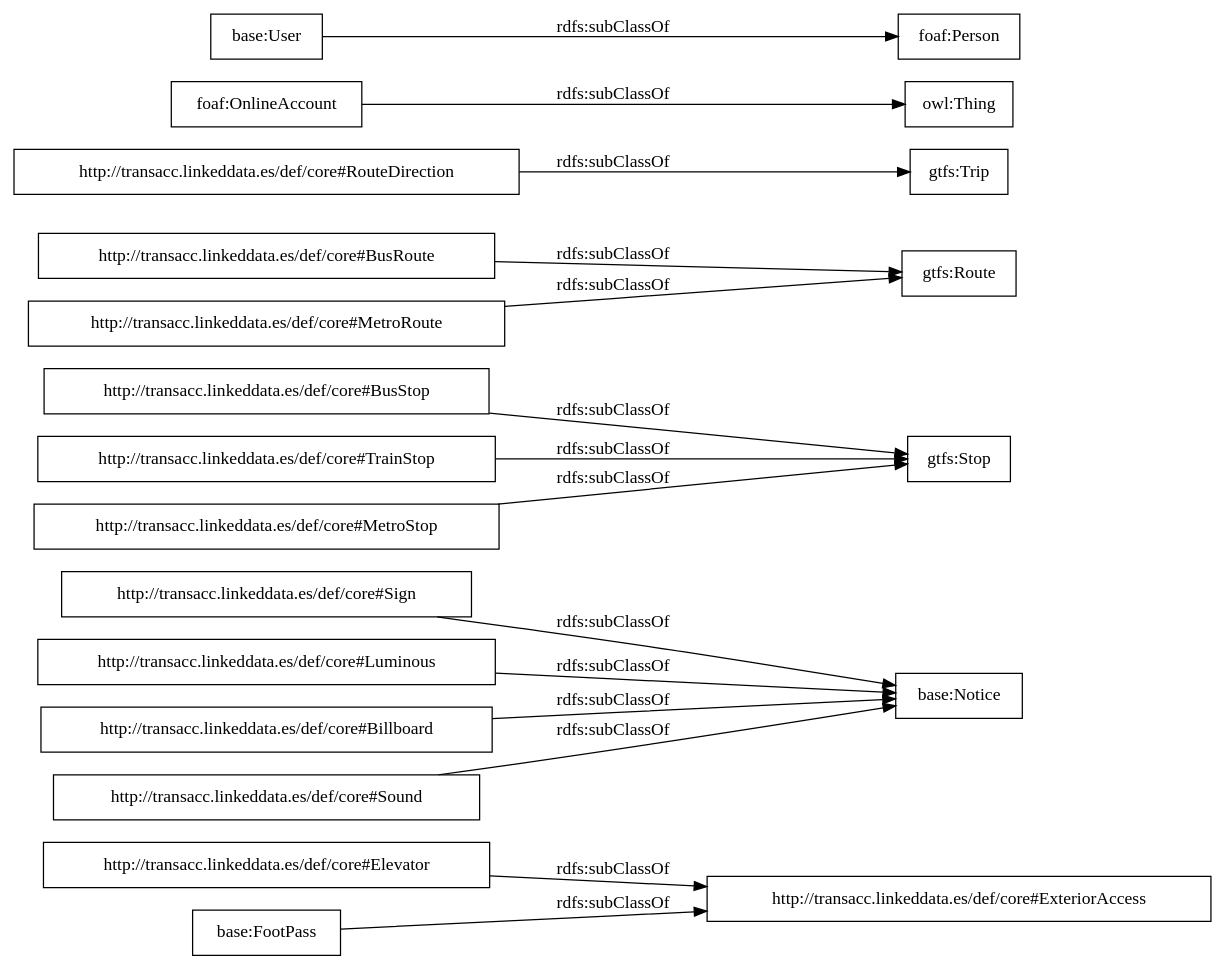
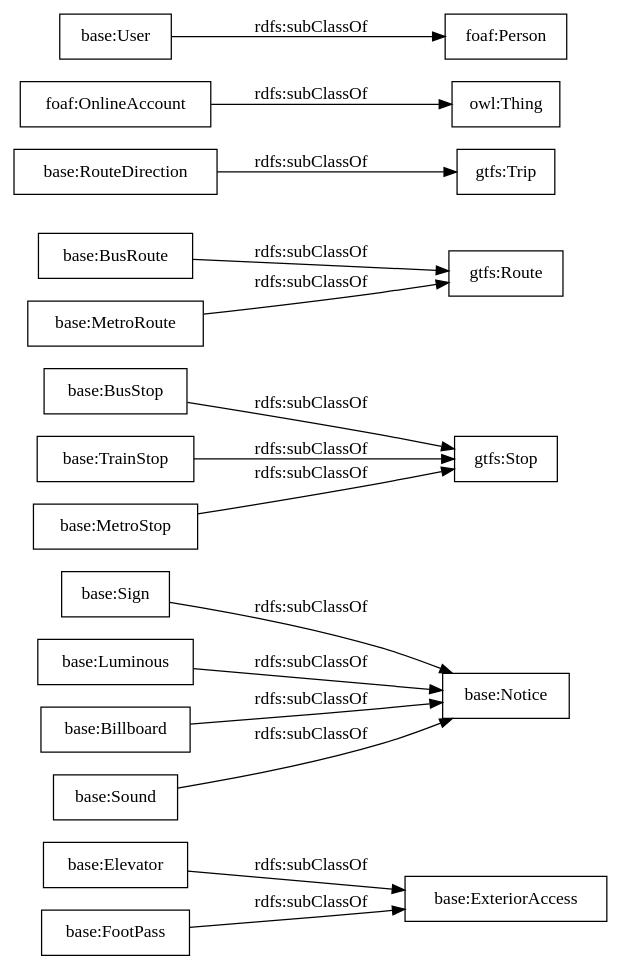
Before and after one commit to opencitydata/onto-transacc: the diagram in OnToology/TransportAccessibilityv3.owl/diagrams/ar2dtool-taxonomy/TransportAccessibilityv3.owl.png.dot, drawn with Graphviz. The commit also changed 13 other files, not shown here.

```diff
--- a/OnToology/TransportAccessibilityv3.owl/diagrams/ar2dtool-taxonomy/TransportAccessibilityv3.owl.png.dot
+++ b/OnToology/TransportAccessibilityv3.owl/diagrams/ar2dtool-taxonomy/TransportAccessibilityv3.owl.png.dot
@@ -1,20 +1,20 @@
 digraph ar2dtool_diagram { 
 rankdir=LR;
 size="1000"
-node [shape = rectangle, color="black"]; "http://transacc.linkeddata.es/def/core#ExteriorAccess" "http://transacc.linkeddata.es/def/core#Sign" "http://transacc.linkeddata.es/def/core#Elevator" "base:FootPass" "http://transacc.linkeddata.es/def/core#BusStop" "http://transacc.linkeddata.es/def/core#BusRoute" "http://transacc.linkeddata.es/def/core#TrainStop" "http://transacc.linkeddata.es/def/core#Luminous" "http://transacc.linkeddata.es/def/core#Billboard" "http://transacc.linkeddata.es/def/core#RouteDirection" "foaf:OnlineAccount" "http://transacc.linkeddata.es/def/core#Sound" "http://transacc.linkeddata.es/def/core#MetroStop" "gtfs:Trip" "foaf:Person" "gtfs:Stop" "http://transacc.linkeddata.es/def/core#MetroRoute" "base:Notice" "gtfs:Route" "base:User" ; /*classes style*/
-	"http://transacc.linkeddata.es/def/core#Sign" -> "base:Notice" [ label = "rdfs:subClassOf" ];
+node [shape = rectangle, color="black"]; "base:ExteriorAccess" "base:Sign" "base:Elevator" "base:BusStop" "base:BusRoute" "base:TrainStop" "base:Luminous" "base:Billboard" "base:RouteDirection" "foaf:OnlineAccount" "base:FootPass" "base:Sound" "base:MetroStop" "gtfs:Trip" "base:Notice" "foaf:Person" "gtfs:Stop" "base:MetroRoute" "gtfs:Route" "base:User" ; /*classes style*/
+	"base:Sign" -> "base:Notice" [ label = "rdfs:subClassOf" ];
 	"foaf:OnlineAccount" -> "owl:Thing" [ label = "rdfs:subClassOf" ];
-	"http://transacc.linkeddata.es/def/core#RouteDirection" -> "gtfs:Trip" [ label = "rdfs:subClassOf" ];
-	"http://transacc.linkeddata.es/def/core#MetroStop" -> "gtfs:Stop" [ label = "rdfs:subClassOf" ];
-	"base:FootPass" -> "http://transacc.linkeddata.es/def/core#ExteriorAccess" [ label = "rdfs:subClassOf" ];
-	"http://transacc.linkeddata.es/def/core#BusRoute" -> "gtfs:Route" [ label = "rdfs:subClassOf" ];
-	"http://transacc.linkeddata.es/def/core#Elevator" -> "http://transacc.linkeddata.es/def/core#ExteriorAccess" [ label = "rdfs:subClassOf" ];
-	"http://transacc.linkeddata.es/def/core#TrainStop" -> "gtfs:Stop" [ label = "rdfs:subClassOf" ];
-	"http://transacc.linkeddata.es/def/core#BusStop" -> "gtfs:Stop" [ label = "rdfs:subClassOf" ];
-	"http://transacc.linkeddata.es/def/core#MetroRoute" -> "gtfs:Route" [ label = "rdfs:subClassOf" ];
-	"http://transacc.linkeddata.es/def/core#Billboard" -> "base:Notice" [ label = "rdfs:subClassOf" ];
-	"http://transacc.linkeddata.es/def/core#Luminous" -> "base:Notice" [ label = "rdfs:subClassOf" ];
-	"http://transacc.linkeddata.es/def/core#Sound" -> "base:Notice" [ label = "rdfs:subClassOf" ];
+	"base:RouteDirection" -> "gtfs:Trip" [ label = "rdfs:subClassOf" ];
+	"base:MetroStop" -> "gtfs:Stop" [ label = "rdfs:subClassOf" ];
+	"base:BusRoute" -> "gtfs:Route" [ label = "rdfs:subClassOf" ];
 	"base:User" -> "foaf:Person" [ label = "rdfs:subClassOf" ];
+	"base:Elevator" -> "base:ExteriorAccess" [ label = "rdfs:subClassOf" ];
+	"base:TrainStop" -> "gtfs:Stop" [ label = "rdfs:subClassOf" ];
+	"base:BusStop" -> "gtfs:Stop" [ label = "rdfs:subClassOf" ];
+	"base:MetroRoute" -> "gtfs:Route" [ label = "rdfs:subClassOf" ];
+	"base:Billboard" -> "base:Notice" [ label = "rdfs:subClassOf" ];
+	"base:Luminous" -> "base:Notice" [ label = "rdfs:subClassOf" ];
+	"base:FootPass" -> "base:ExteriorAccess" [ label = "rdfs:subClassOf" ];
+	"base:Sound" -> "base:Notice" [ label = "rdfs:subClassOf" ];
 
 }
```
